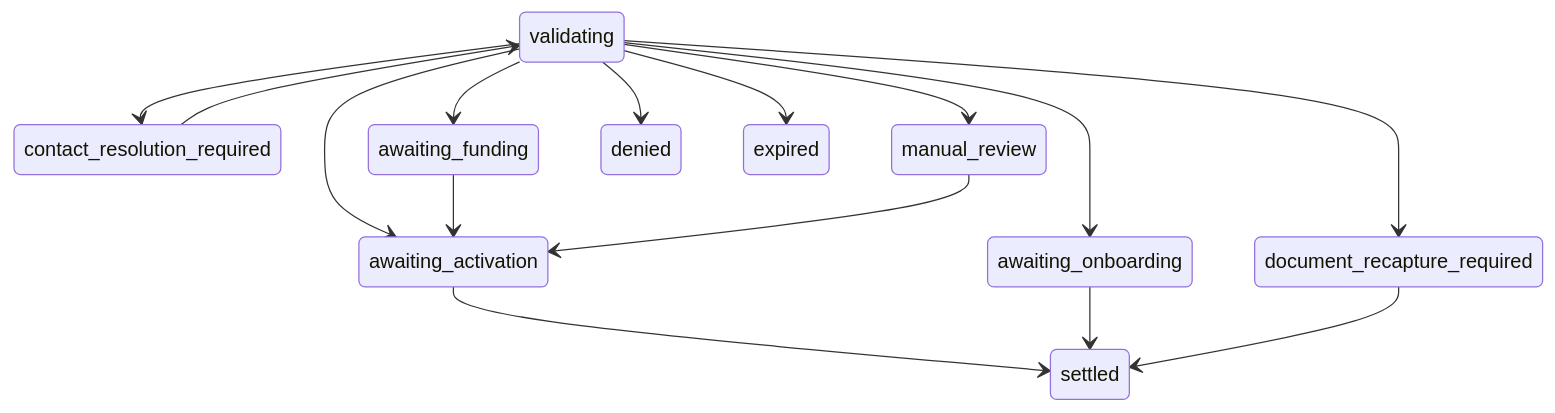
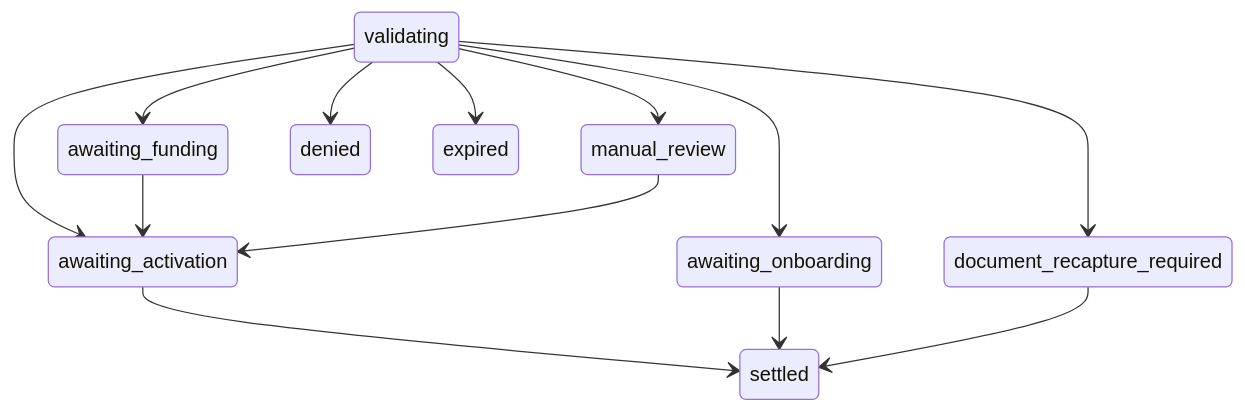
One commit to bipa-app/docs changed the diagram in originations.mdx. Above: the diagram before and after it, drawn with Mermaid. The commit also changed other lines of this file and 3 other files, not shown here.

````diff
--- a/originations.mdx
+++ b/originations.mdx
@@ -63,17 +61,15 @@
 ```mermaid
 stateDiagram-v2
-    validating --> contact_resolution_required
-    contact_resolution_required --> validating
     validating --> manual_review
     validating --> document_recapture_required
     validating --> awaiting_onboarding
     validating --> awaiting_funding
     validating --> awaiting_activation
     awaiting_funding --> awaiting_activation
     awaiting_activation --> settled
     awaiting_onboarding --> settled
     document_recapture_required --> settled
     manual_review --> awaiting_activation
     validating --> denied
     validating --> expired
 ```
````
